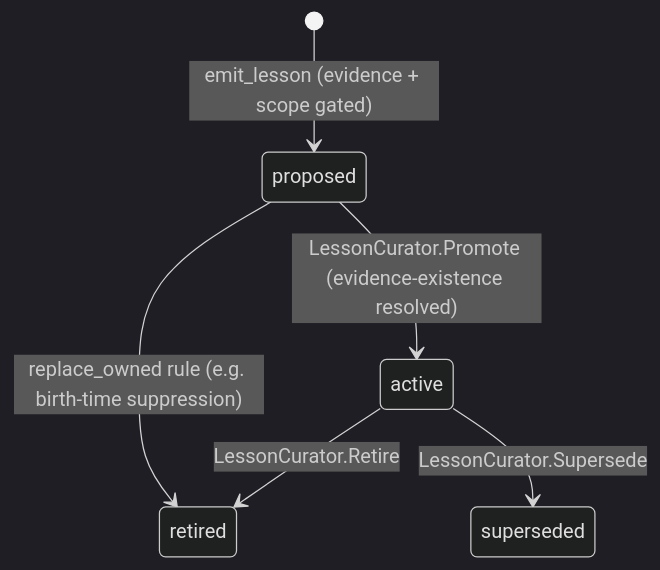
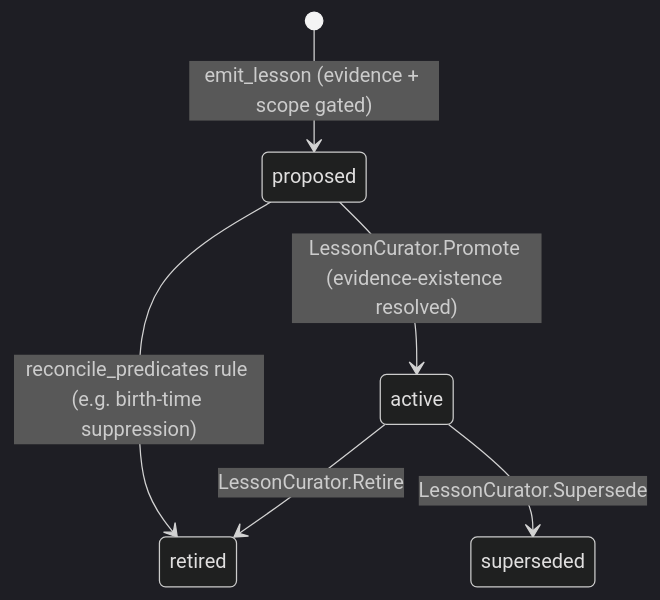
One commit to C360Studio/semstreams changed the second of 2 diagrams in docs/concepts/32-agent-memory.md. Above: the diagram before and after it, drawn with Mermaid (dark theme). The commit also changed other lines of this file and 362 other files, not shown here.

Commit message:
refactor(graph)!: cut over to typed mutations and exact reads

````diff
--- a/docs/concepts/32-agent-memory.md
+++ b/docs/concepts/32-agent-memory.md
@@ -82,8 +82,8 @@
 ```mermaid
 stateDiagram-v2
     [*] --> proposed: emit_lesson (evidence + scope gated)
     proposed --> active: LessonCurator.Promote (evidence-existence resolved)
     active --> retired: LessonCurator.Retire
     active --> superseded: LessonCurator.Supersede
-    proposed --> retired: replace_owned rule (e.g. birth-time suppression)
+    proposed --> retired: reconcile_predicates rule (e.g. birth-time suppression)
 ```
````
